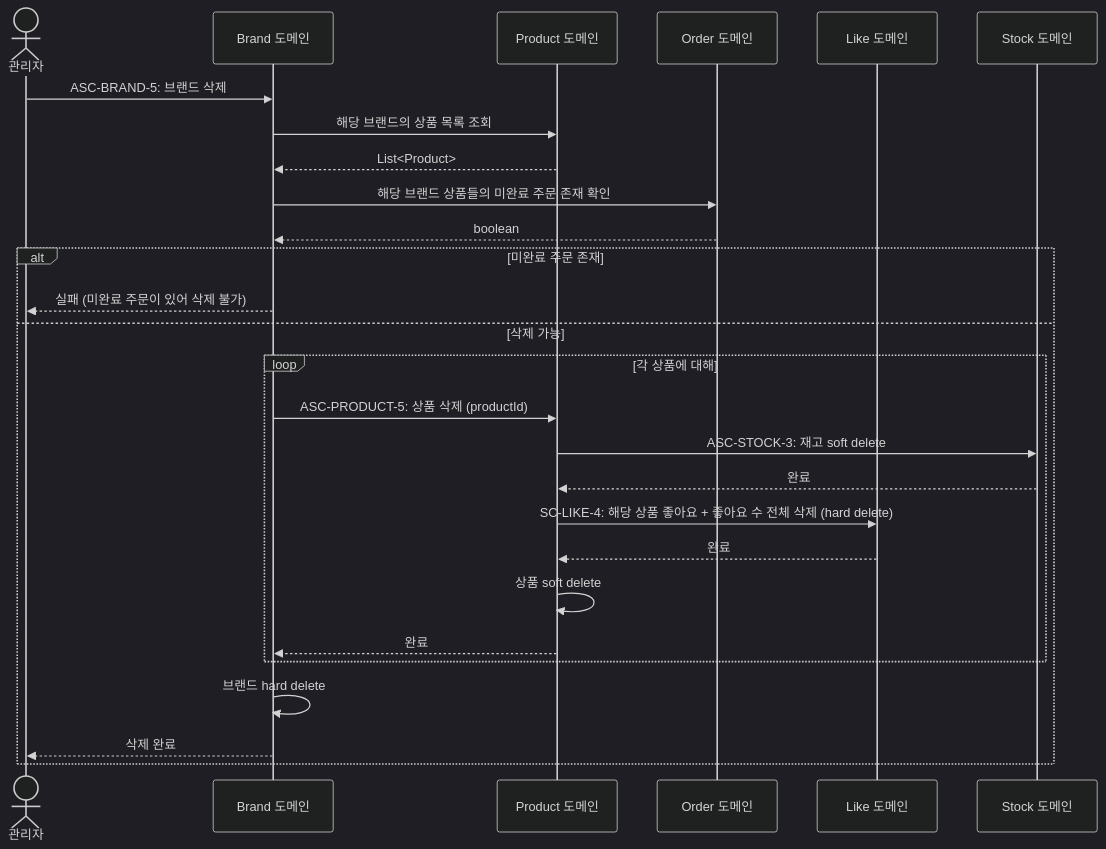
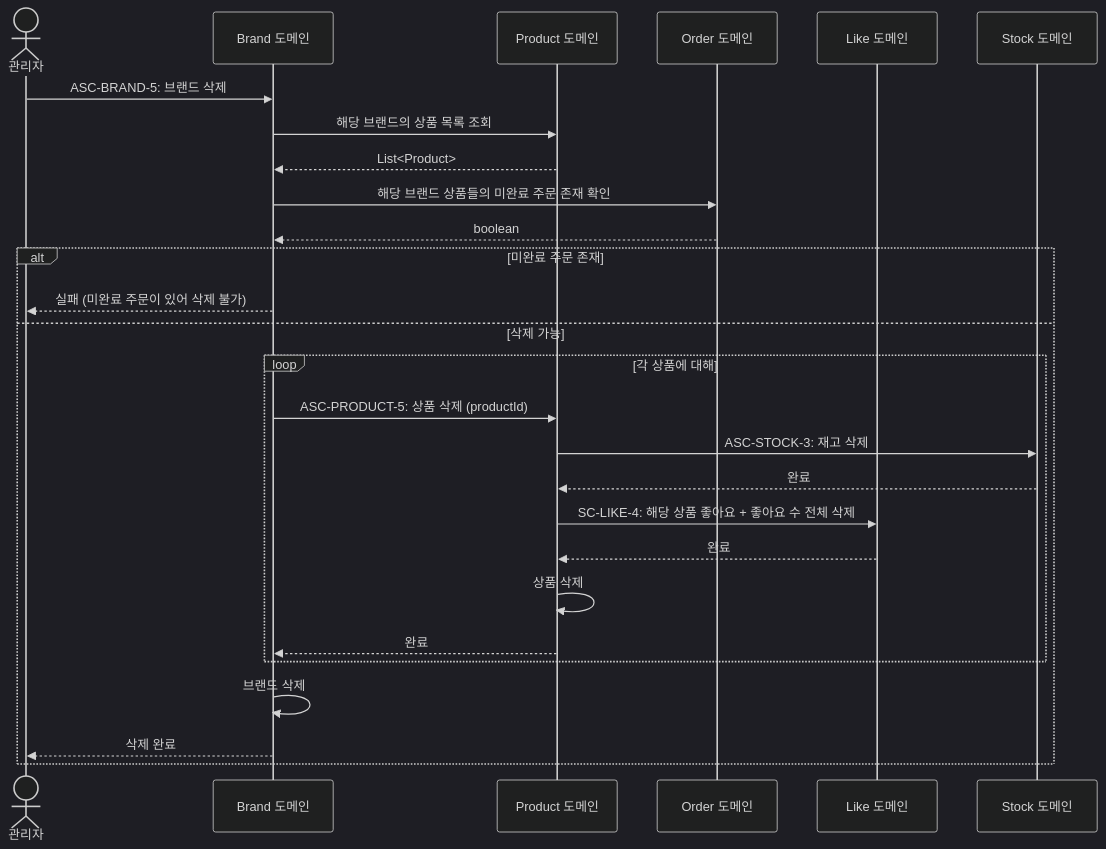
Before and after one commit to loopers-labs/loop-pack-be-l2-vol4-kotlin: the first of 38 diagrams in docs/02-sequence-diagrams.md, drawn with Mermaid (dark theme). The commit also changed other lines of this file and 2 other files, not shown here.

````diff
--- a/docs/02-sequence-diagrams.md
+++ b/docs/02-sequence-diagrams.md
@@ -7,33 +9,33 @@
 ```mermaid
 sequenceDiagram
     actor Admin as 관리자
     participant Brand as Brand 도메인
     participant Product as Product 도메인
     participant Order as Order 도메인
     participant Like as Like 도메인
     participant Stock as Stock 도메인
 
     Admin->>Brand: ASC-BRAND-5: 브랜드 삭제
     Brand->>Product: 해당 브랜드의 상품 목록 조회
     Product-->>Brand: List<Product>
 
     Brand->>Order: 해당 브랜드 상품들의 미완료 주문 존재 확인
     Order-->>Brand: boolean
 
     alt 미완료 주문 존재
         Brand-->>Admin: 실패 (미완료 주문이 있어 삭제 불가)
     else 삭제 가능
         loop 각 상품에 대해
             Brand->>Product: ASC-PRODUCT-5: 상품 삭제 (productId)
-            Product->>Stock: ASC-STOCK-3: 재고 soft delete
+            Product->>Stock: ASC-STOCK-3: 재고 삭제
             Stock-->>Product: 완료
-            Product->>Like: SC-LIKE-4: 해당 상품 좋아요 + 좋아요 수 전체 삭제 (hard delete)
+            Product->>Like: SC-LIKE-4: 해당 상품 좋아요 + 좋아요 수 전체 삭제
             Like-->>Product: 완료
-            Product->>Product: 상품 soft delete
+            Product->>Product: 상품 삭제
             Product-->>Brand: 완료
         end
 
-        Brand->>Brand: 브랜드 hard delete
+        Brand->>Brand: 브랜드 삭제
         Brand-->>Admin: 삭제 완료
     end
 ```
````
